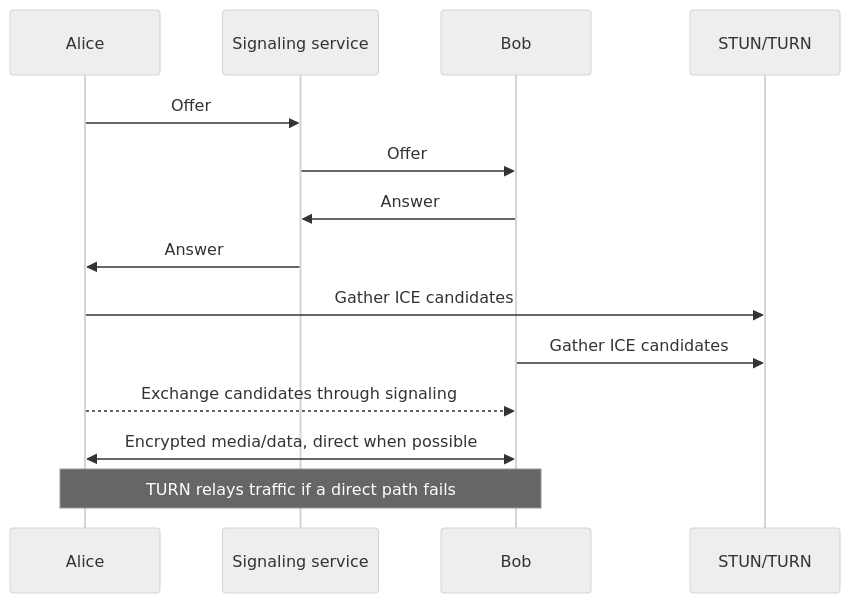
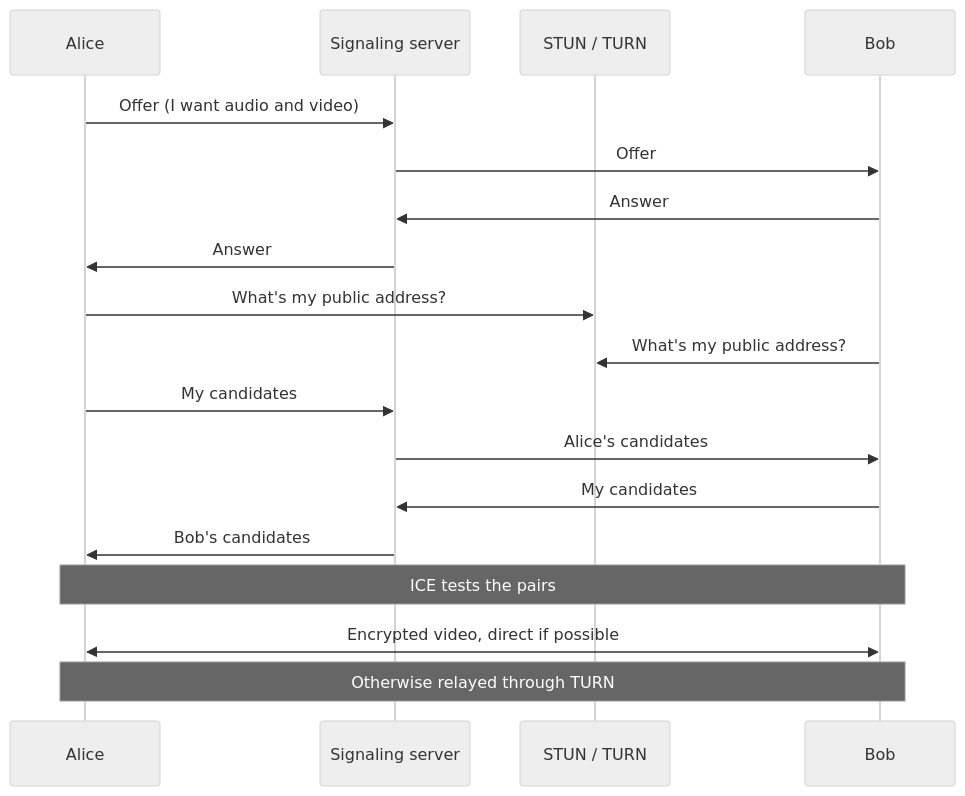
The third of 4 diagrams in connection-protocols/webrtc.md (alanqi03/sys-design), drawn with Mermaid (neutral theme) before and after one commit. The commit also changed other lines of this file and 6 other files, not shown here.

````diff
--- a/connection-protocols/webrtc.md
+++ b/connection-protocols/webrtc.md
@@ -19,16 +160,20 @@
 ```{mermaid}
 sequenceDiagram
   participant A as Alice
-  participant S as Signaling service
+  participant S as Signaling server
+  participant ST as STUN / TURN
   participant B as Bob
-  participant I as STUN/TURN
-  A->>S: Offer
+  A->>S: Offer (I want audio and video)
   S->>B: Offer
   B->>S: Answer
   S->>A: Answer
-  A->>I: Gather ICE candidates
-  B->>I: Gather ICE candidates
-  A-->>B: Exchange candidates through signaling
-  A<<->>B: Encrypted media/data, direct when possible
-  Note over A,B: TURN relays traffic if a direct path fails
+  A->>ST: What's my public address?
+  B->>ST: What's my public address?
+  A->>S: My candidates
+  S->>B: Alice's candidates
+  B->>S: My candidates
+  S->>A: Bob's candidates
+  Note over A,B: ICE tests the pairs
+  A<<->>B: Encrypted video, direct if possible
+  Note over A,B: Otherwise relayed through TURN
 ```
````
